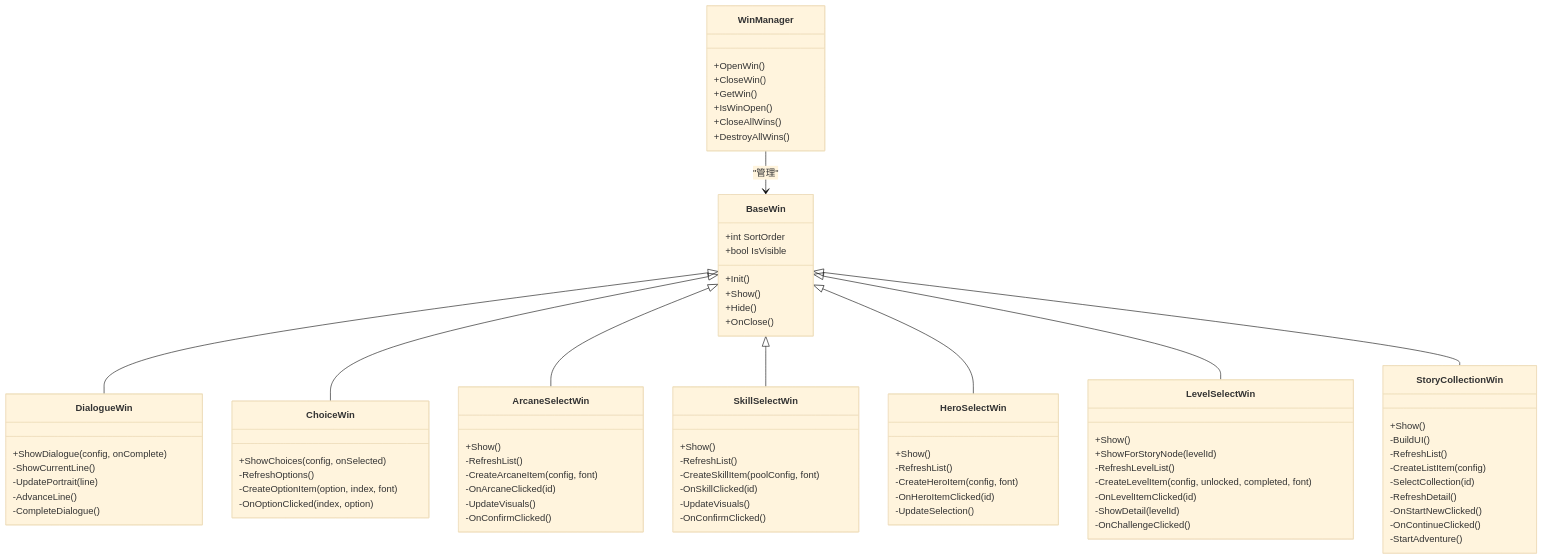
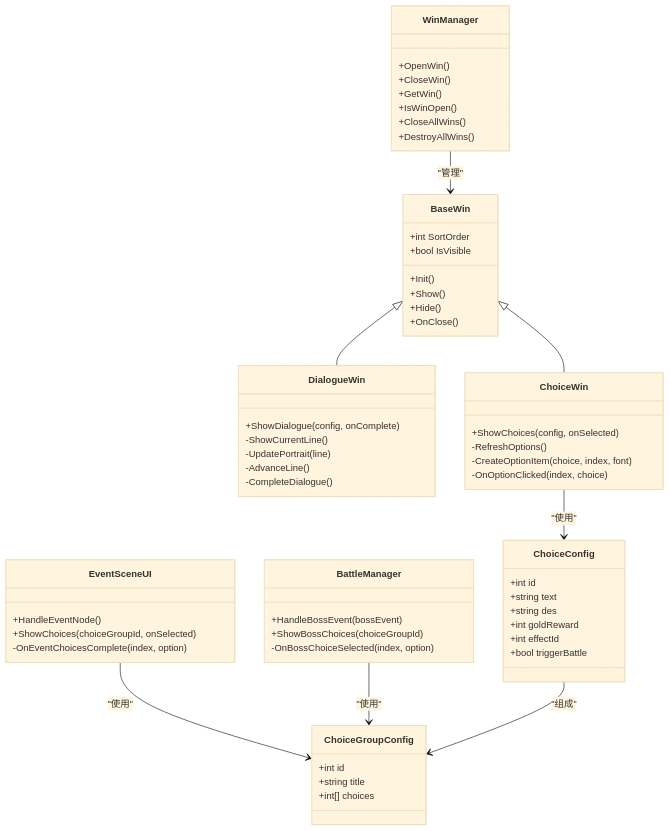
One commit to Tuusen/p1_client changed the second of 5 diagrams in .qoder/repowiki/zh/content/用户界面系统/对话与选择界面.md. Above: the diagram before and after it, drawn with Mermaid (base theme). The commit also changed other lines of this file and 9 other files, not shown here.

````diff
--- a/.qoder/repowiki/zh/content/用户界面系统/对话与选择界面.md
+++ b/.qoder/repowiki/zh/content/用户界面系统/对话与选择界面.md
@@ -145,58 +168,37 @@
 class ChoiceWin {
 +ShowChoices(config, onSelected)
 -RefreshOptions()
--CreateOptionItem(option, index, font)
--OnOptionClicked(index, option)
+-CreateOptionItem(choice, index, font)
+-OnOptionClicked(index, choice)
 }
-class ArcaneSelectWin {
-+Show()
--RefreshList()
--CreateArcaneItem(config, font)
--OnArcaneClicked(id)
--UpdateVisuals()
--OnConfirmClicked()
+class EventSceneUI {
++HandleEventNode()
++ShowChoices(choiceGroupId, onSelected)
+-OnEventChoicesComplete(index, option)
 }
-class SkillSelectWin {
-+Show()
--RefreshList()
--CreateSkillItem(poolConfig, font)
--OnSkillClicked(id)
--UpdateVisuals()
--OnConfirmClicked()
+class BattleManager {
++HandleBossEvent(bossEvent)
++ShowBossChoices(choiceGroupId)
+-OnBossChoiceSelected(index, option)
 }
-class HeroSelectWin {
-+Show()
--RefreshList()
--CreateHeroItem(config, font)
--OnHeroItemClicked(id)
--UpdateSelection()
+class ChoiceConfig {
++int id
++string text
++string des
++int goldReward
++int effectId
++bool triggerBattle
 }
-class LevelSelectWin {
-+Show()
-+ShowForStoryNode(levelId)
--RefreshLevelList()
--CreateLevelItem(config, unlocked, completed, font)
--OnLevelItemClicked(id)
--ShowDetail(levelId)
--OnChallengeClicked()
-}
-class StoryCollectionWin {
-+Show()
--BuildUI()
--RefreshList()
--CreateListItem(config)
--SelectCollection(id)
--RefreshDetail()
--OnStartNewClicked()
--OnContinueClicked()
--StartAdventure()
+class ChoiceGroupConfig {
++int id
++string title
++int[] choices
 }
 BaseWin <|-- DialogueWin
 BaseWin <|-- ChoiceWin
-BaseWin <|-- ArcaneSelectWin
-BaseWin <|-- SkillSelectWin
-BaseWin <|-- HeroSelectWin
-BaseWin <|-- LevelSelectWin
-BaseWin <|-- StoryCollectionWin
 WinManager --> BaseWin : "管理"
+ChoiceWin --> ChoiceConfig : "使用"
+EventSceneUI --> ChoiceGroupConfig : "使用"
+BattleManager --> ChoiceGroupConfig : "使用"
+ChoiceConfig --> ChoiceGroupConfig : "组成"
 ```
````
